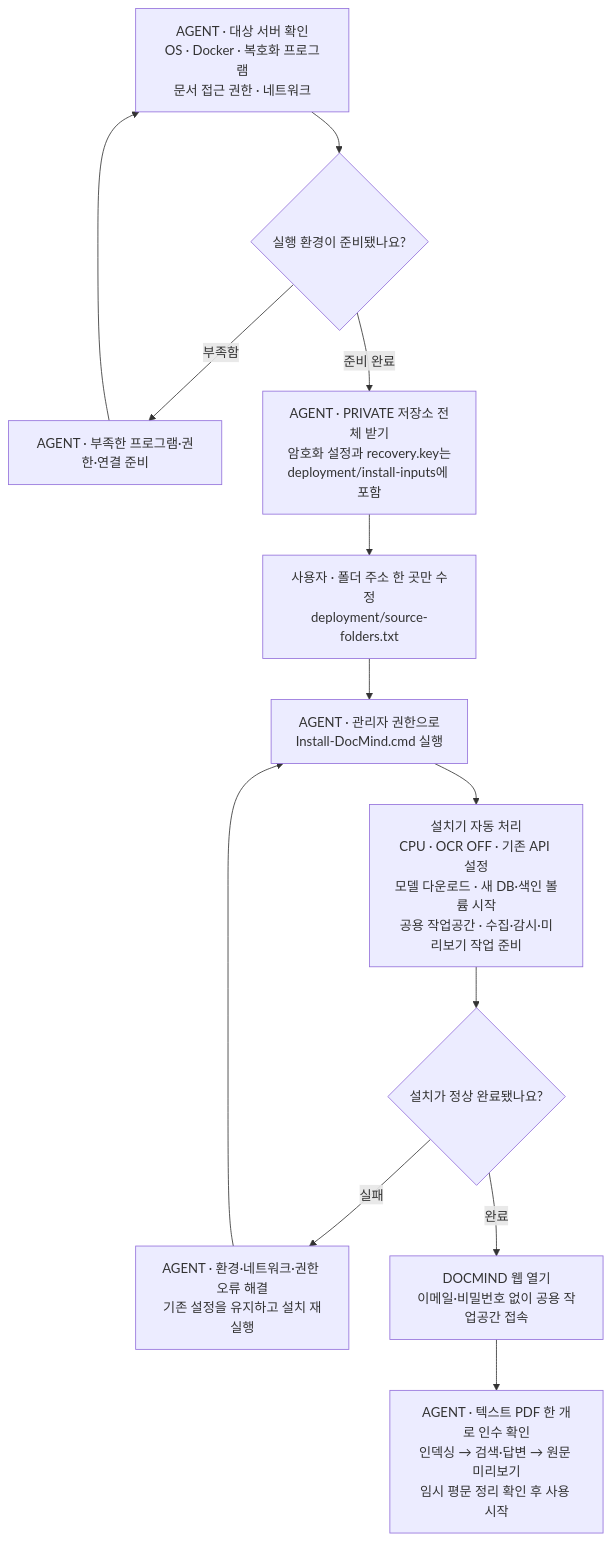
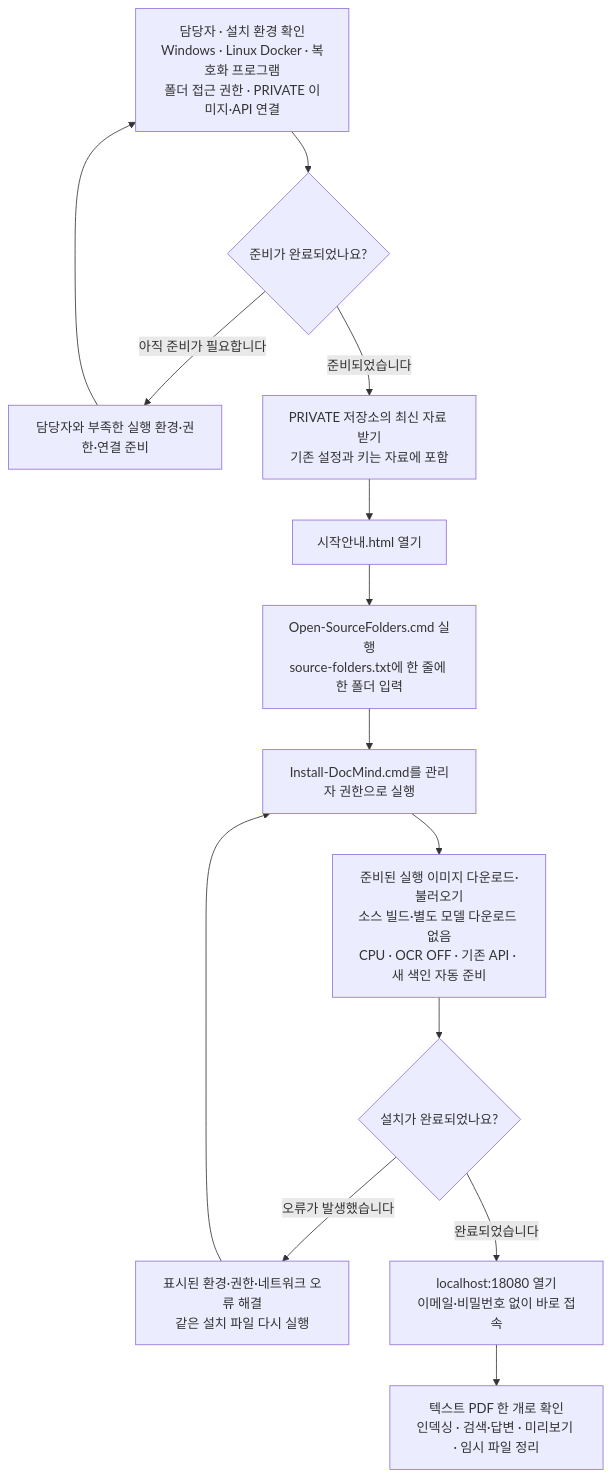
One commit to Dongmin103/docmind-private changed the third of 3 diagrams in README.md. Above: the diagram before and after it, drawn with Mermaid. The commit also changed other lines of this file and 17 other files, not shown here.

````diff
--- a/README.md
+++ b/README.md
@@ -74,23 +152,21 @@
 ```mermaid
 flowchart TB
-    check["AGENT · 대상 서버 확인<br/>OS · Docker · 복호화 프로그램<br/>문서 접근 권한 · 네트워크"]
-    ready{"실행 환경이 준비됐나요?"}
-    prepare["AGENT · 부족한 프로그램·권한·연결 준비"]
-    inputs["AGENT · PRIVATE 저장소 전체 받기<br/>암호화 설정과 recovery.key는<br/>deployment/install-inputs에 포함"]
-    folders["사용자 · 폴더 주소 한 곳만 수정<br/>deployment/source-folders.txt"]
-    install["AGENT · 관리자 권한으로<br/>Install-DocMind.cmd 실행"]
-    automatic["설치기 자동 처리<br/>CPU · OCR OFF · 기존 API 설정<br/>모델 다운로드 · 새 DB·색인 볼륨 시작<br/>공용 작업공간 · 수집·감시·미리보기 작업 준비"]
-    success{"설치가 정상 완료됐나요?"}
-    fix["AGENT · 환경·네트워크·권한 오류 해결<br/>기존 설정을 유지하고 설치 재실행"]
-    open["DOCMIND 웹 열기<br/>이메일·비밀번호 없이 공용 작업공간 접속"]
-    accept["AGENT · 텍스트 PDF 한 개로 인수 확인<br/>인덱싱 → 검색·답변 → 원문 미리보기<br/>임시 평문 정리 확인 후 사용 시작"]
+    check["담당자 · 설치 환경 확인<br/>Windows · Linux Docker · 복호화 프로그램<br/>폴더 접근 권한 · PRIVATE 이미지·API 연결"]
+    ready{"준비가 완료되었나요?"}
+    prepare["담당자와 부족한 실행 환경·권한·연결 준비"]
+    package["PRIVATE 저장소의 최신 자료 받기<br/>기존 설정과 키는 자료에 포함"]
+    guide["시작안내.html 열기"]
+    folders["Open-SourceFolders.cmd 실행<br/>source-folders.txt에 한 줄에 한 폴더 입력"]
+    install["Install-DocMind.cmd를 관리자 권한으로 실행"]
+    automatic["준비된 실행 이미지 다운로드·불러오기<br/>소스 빌드·별도 모델 다운로드 없음<br/>CPU · OCR OFF · 기존 API · 새 색인 자동 준비"]
+    success{"설치가 완료되었나요?"}
+    fix["표시된 환경·권한·네트워크 오류 해결<br/>같은 설치 파일 다시 실행"]
+    web["localhost:18080 열기<br/>이메일·비밀번호 없이 바로 접속"]
+    verify["텍스트 PDF 한 개로 확인<br/>인덱싱 · 검색·답변 · 미리보기 · 임시 파일 정리"]
 
     check --> ready
-    ready -->|"부족함"| prepare
-    prepare --> check
-    ready -->|"준비 완료"| inputs
-    inputs --> folders --> install --> automatic --> success
-    success -->|"실패"| fix
-    fix --> install
-    success -->|"완료"| open --> accept
+    ready -->|"아직 준비가 필요합니다"| prepare --> check
+    ready -->|"준비되었습니다"| package --> guide --> folders --> install --> automatic --> success
+    success -->|"오류가 발생했습니다"| fix --> install
+    success -->|"완료되었습니다"| web --> verify
 ```
````
